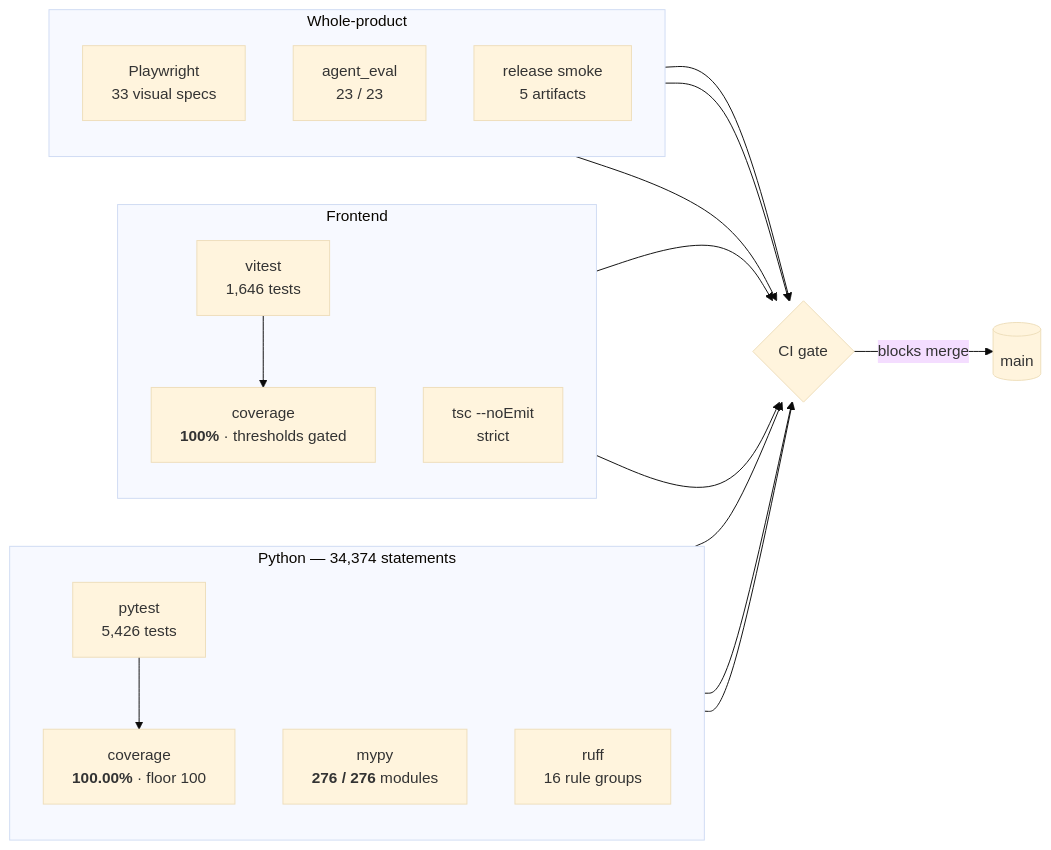
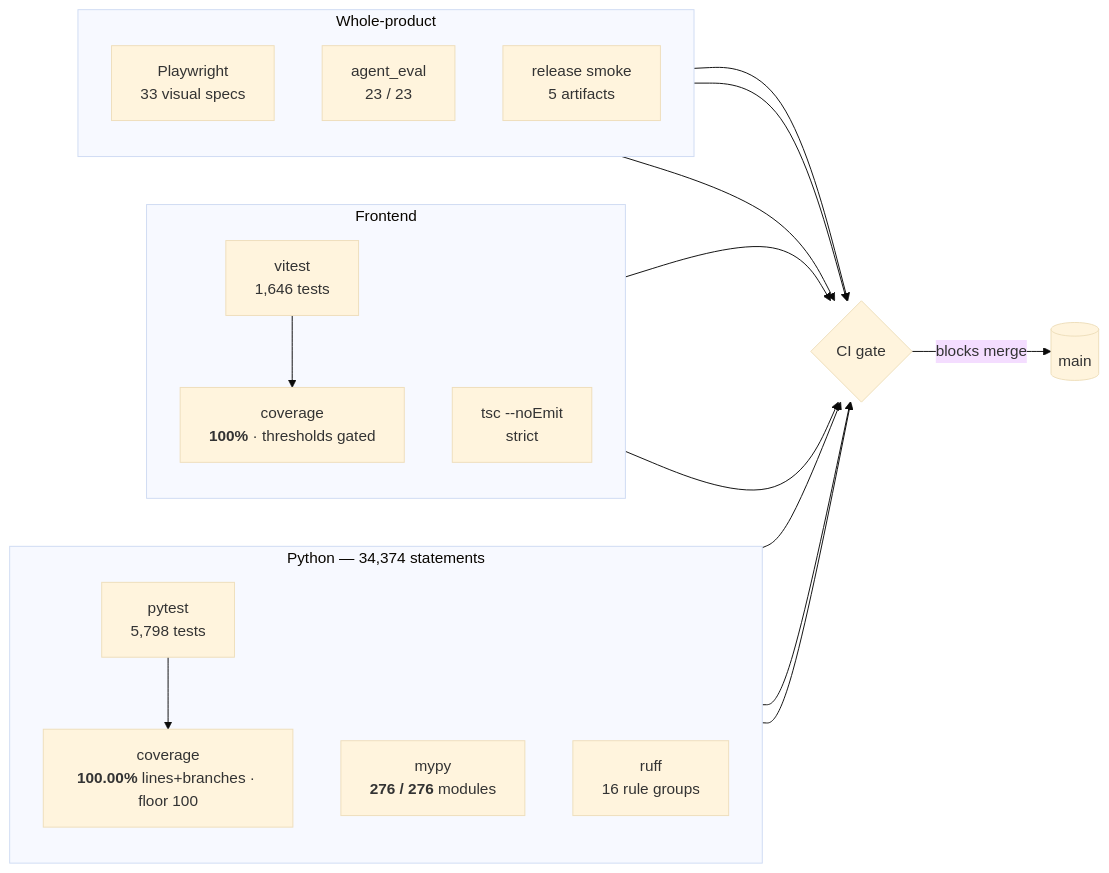
The fourth of 4 diagrams in ARCHITECTURE.md (TaeSooPark-PTS/LatticeAI), drawn with Mermaid (base theme) before and after one commit. The commit also changed other lines of this file and 203 other files, not shown here.

````diff
--- a/ARCHITECTURE.md
+++ b/ARCHITECTURE.md
@@ -388,38 +388,38 @@
 ```mermaid
 flowchart LR
   subgraph py["Python — 34,374 statements"]
     direction TB
-    pyt["pytest<br/>5,426 tests"]
-    pycov["coverage<br/><b>100.00%</b> · floor 100"]
+    pyt["pytest<br/>5,798 tests"]
+    pycov["coverage<br/><b>100.00%</b> lines+branches · floor 100"]
     pymypy["mypy<br/><b>276 / 276</b> modules"]
     pyruff["ruff<br/>16 rule groups"]
     pyt --> pycov
   end
 
   subgraph fe["Frontend"]
     direction TB
     fet["vitest<br/>1,646 tests"]
     fecov["coverage<br/><b>100%</b> · thresholds gated"]
     fets["tsc --noEmit<br/>strict"]
     fet --> fecov
   end
 
   subgraph e2e["Whole-product"]
     direction TB
     play["Playwright<br/>33 visual specs"]
     eval["agent_eval<br/>23 / 23"]
     smoke["release smoke<br/>5 artifacts"]
   end
 
   gate{"CI gate"}
   pycov --> gate
   pymypy --> gate
   pyruff --> gate
   fets --> gate
   fecov --> gate
   play --> gate
   eval --> gate
   smoke --> gate
 
   gate -- "blocks merge" --> main[("main")]
 ```
````
